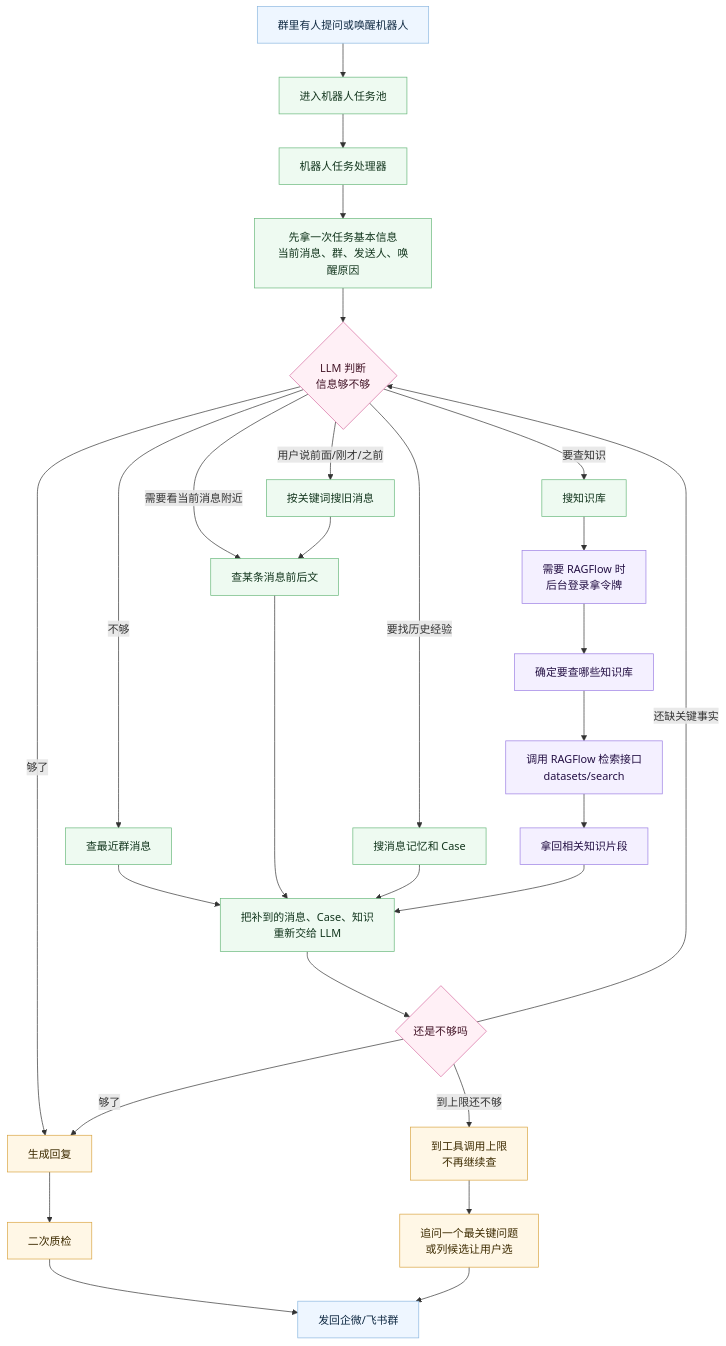
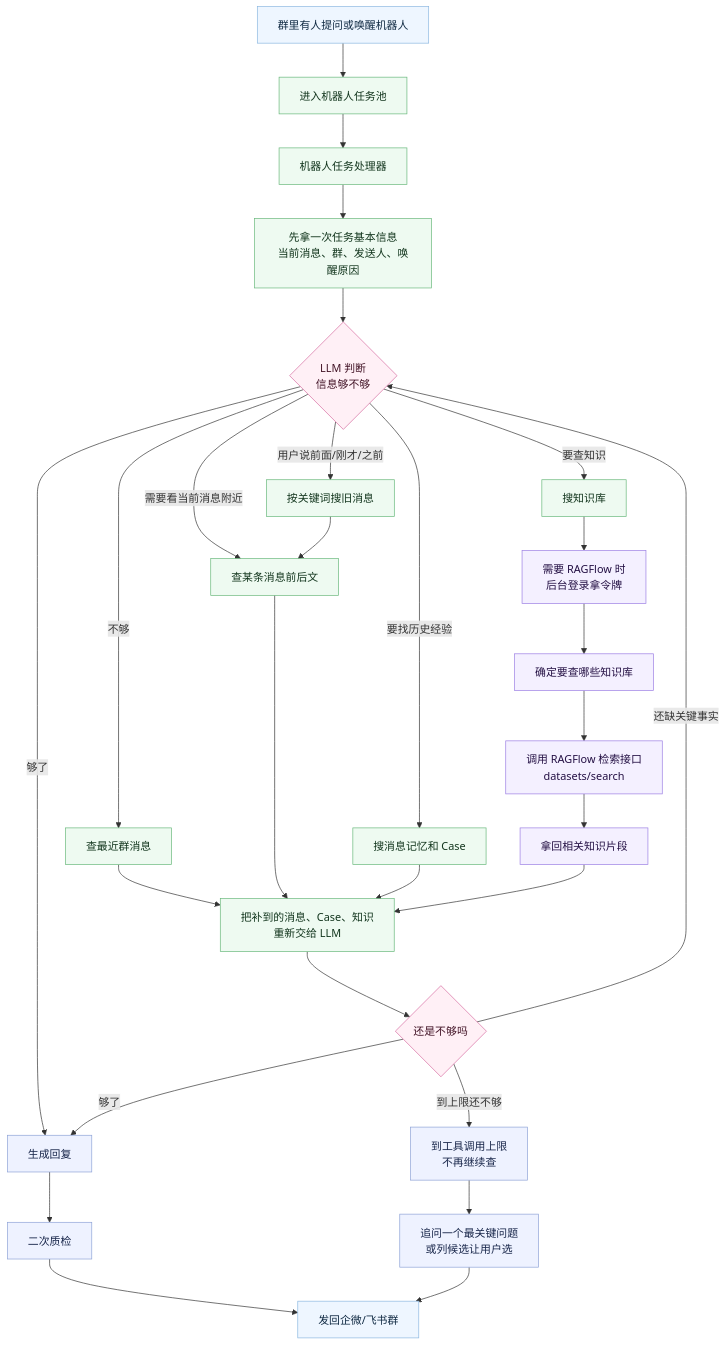
Before and after one commit to EthanScriptOn/ai_platform: the second of 4 diagrams in flowbot-knowledge-data-flow.md, drawn with Mermaid. The commit also changed other lines of this file, not shown here.

Commit message:
去掉流程图黄色背景

````diff
--- a/flowbot-knowledge-data-flow.md
+++ b/flowbot-knowledge-data-flow.md
@@ -93,52 +93,52 @@
 ```mermaid
 flowchart TD
   group[群里有人提问或唤醒机器人]
   task[进入机器人任务池]
   worker[机器人任务处理器]
   firstContext[先拿一次任务基本信息<br/>当前消息、群、发送人、唤醒原因]
   llmJudge{LLM 判断<br/>信息够不够}
 
   recent[查最近群消息]
   anchor[查某条消息前后文]
   oldTopic[按关键词搜旧消息]
   memory[搜消息记忆和 Case]
   knowledge[搜知识库]
   ragAuth[需要 RAGFlow 时<br/>后台登录拿令牌]
   ragDataset[确定要查哪些知识库]
   ragSearch[调用 RAGFlow 检索接口<br/>datasets/search]
   chunks[拿回相关知识片段]
   merge[把补到的消息、Case、知识<br/>重新交给 LLM]
 
   notEnough{还是不够吗}
   limit[到工具调用上限<br/>不再继续查]
   clarify[追问一个最关键问题<br/>或列候选让用户选]
   answer[生成回复]
   check[二次质检]
   send[发回企微/飞书群]
 
   group --> task --> worker --> firstContext --> llmJudge
   llmJudge -->|够了| answer
   llmJudge -->|不够| recent --> merge
   llmJudge -->|需要看当前消息附近| anchor --> merge
   llmJudge -->|用户说前面/刚才/之前| oldTopic --> anchor
   llmJudge -->|要找历史经验| memory --> merge
   llmJudge -->|要查知识| knowledge --> ragAuth --> ragDataset --> ragSearch --> chunks --> merge
   merge --> notEnough
   notEnough -->|还缺关键事实| llmJudge
   notEnough -->|够了| answer
   notEnough -->|到上限还不够| limit --> clarify
   clarify --> send
   answer --> check --> send
 
   classDef userLine fill:#eef6ff,stroke:#8bb7e0,color:#102a43;
   classDef botLine fill:#eefaf1,stroke:#67b77a,color:#12351d;
   classDef ragLine fill:#f4f0ff,stroke:#9b7de3,color:#241044;
-  classDef resultLine fill:#fff7e6,stroke:#d9a441,color:#3d2b00;
+  classDef resultLine fill:#eef2ff,stroke:#8da2d6,color:#18264a;
   classDef decisionLine fill:#fff0f6,stroke:#d66a9f,color:#421326;
 
   class group,send userLine;
   class task,worker,firstContext,recent,anchor,oldTopic,memory,knowledge,merge botLine;
   class ragAuth,ragDataset,ragSearch,chunks ragLine;
   class answer,check,clarify,limit resultLine;
   class llmJudge,notEnough decisionLine;
 ```
````
